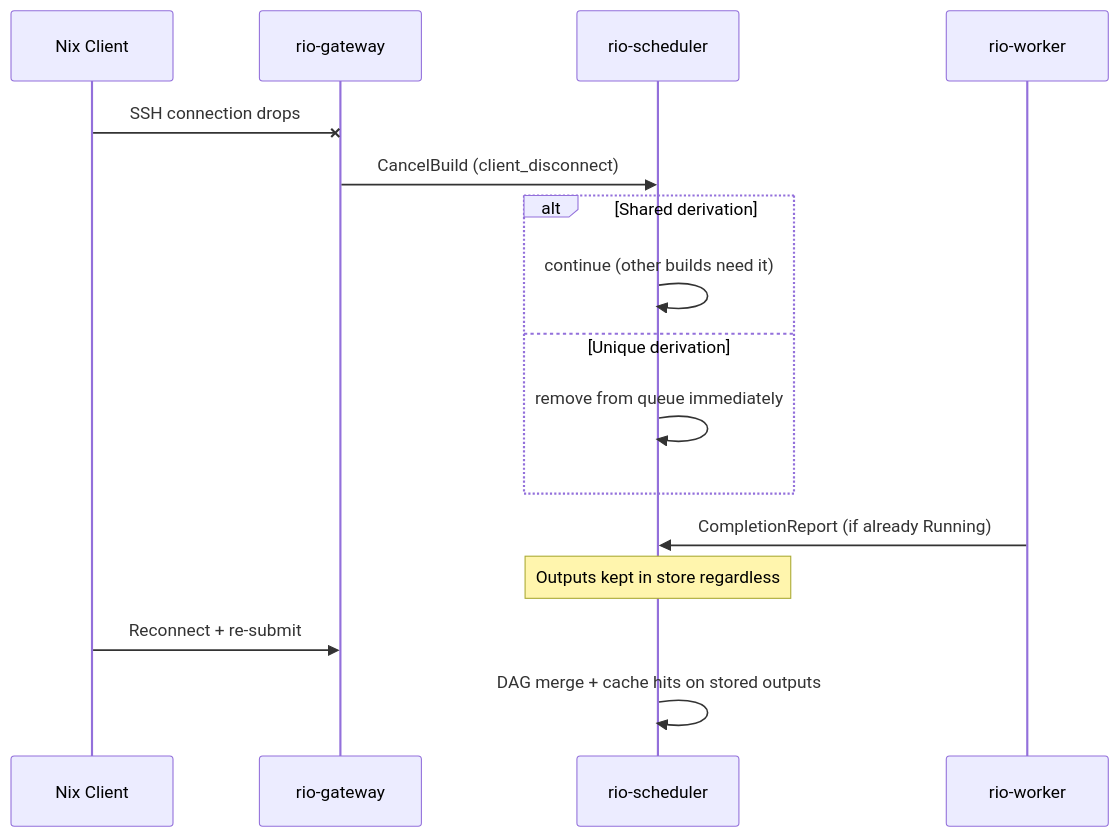
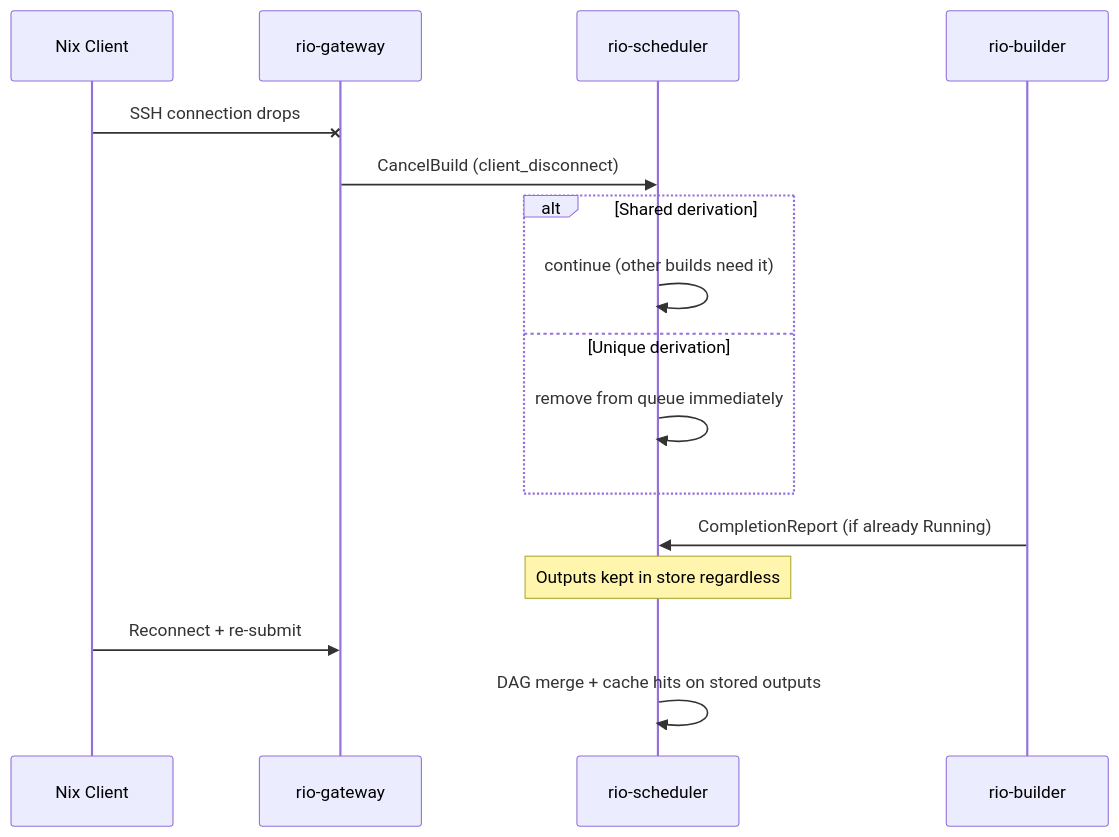
Before and after one commit to Mic92/rio-build: the third of 3 diagrams in docs/src/data-flows.md, drawn with Mermaid. The commit also changed other lines of this file and 13 other files, not shown here.

First line of the commit message:
docs: drop persistent-STS model and rio-worker references from design book

````diff
--- a/docs/src/data-flows.md
+++ b/docs/src/data-flows.md
@@ -165,19 +165,19 @@
 ```mermaid
 sequenceDiagram
     participant Client as Nix Client
     participant GW as rio-gateway
     participant Sched as rio-scheduler
-    participant Worker as rio-worker
+    participant Worker as rio-builder
 
     Client-xGW: SSH connection drops
     GW->>Sched: CancelBuild (client_disconnect)
     alt Shared derivation
         Sched->>Sched: continue (other builds need it)
     else Unique derivation
         Sched->>Sched: remove from queue immediately
     end
     Worker->>Sched: CompletionReport (if already Running)
     Note over Sched: Outputs kept in store regardless
     Client->>GW: Reconnect + re-submit
     Sched->>Sched: DAG merge + cache hits on stored outputs
 ```
````
